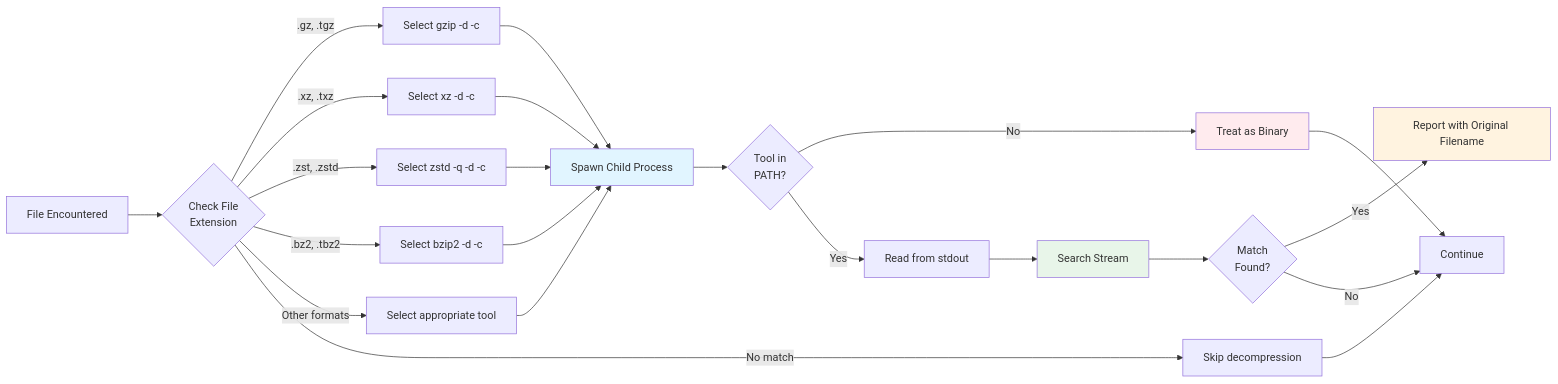
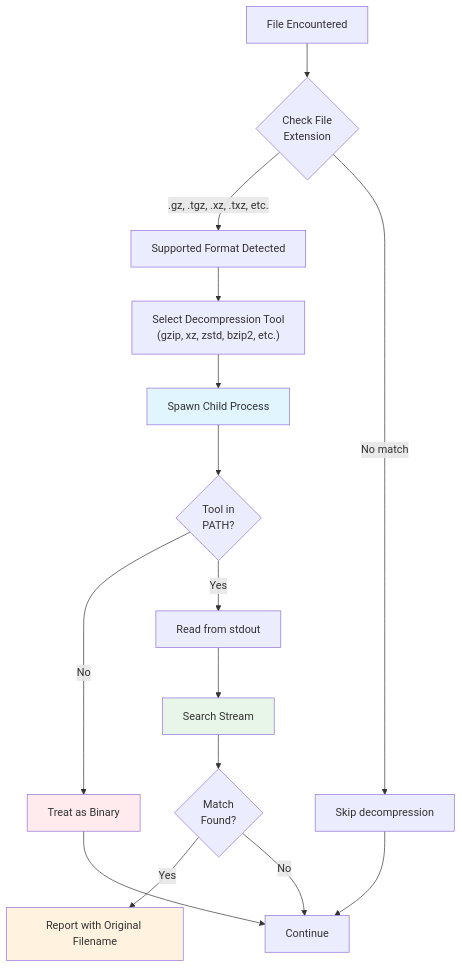
One commit to iepathos/ripgrep changed the diagram in docs/compressed-files.md. Above: the diagram before and after it, drawn with Mermaid. The commit also changed 10 other files, not shown here.

First line of the commit message:
fix: improve Mermaid diagram readability

````diff
--- a/docs/compressed-files.md
+++ b/docs/compressed-files.md
@@ -76,36 +76,32 @@
 ```mermaid
-flowchart LR
+flowchart TD
     Start[File Encountered] --> CheckExt{"Check File
 Extension"}
-    CheckExt -->|.gz, .tgz| Gzip[Select gzip -d -c]
-    CheckExt -->|.xz, .txz| XZ[Select xz -d -c]
-    CheckExt -->|.zst, .zstd| Zstd[Select zstd -q -d -c]
-    CheckExt -->|.bz2, .tbz2| Bzip[Select bzip2 -d -c]
-    CheckExt -->|Other formats| Other[Select appropriate tool]
+
+    CheckExt -->|.gz, .tgz, .xz, .txz, etc.| Supported["Supported Format Detected"]
     CheckExt -->|No match| Skip[Skip decompression]
 
-    Gzip --> Spawn[Spawn Child Process]
-    XZ --> Spawn
-    Zstd --> Spawn
-    Bzip --> Spawn
-    Other --> Spawn
+    Supported --> SelectTool["Select Decompression Tool
+(gzip, xz, zstd, bzip2, etc.)"]
+
+    SelectTool --> Spawn[Spawn Child Process]
 
     Spawn --> ToolCheck{"Tool in
 PATH?"}
     ToolCheck -->|No| Fallback[Treat as Binary]
     ToolCheck -->|Yes| Decompress[Read from stdout]
 
     Decompress --> Search[Search Stream]
     Search --> Match{"Match
 Found?"}
     Match -->|Yes| Report[Report with Original Filename]
     Match -->|No| Next[Continue]
 
     Fallback --> Next
     Skip --> Next
 
     style Spawn fill:#e1f5ff
     style Search fill:#e8f5e9
     style Report fill:#fff3e0
     style Fallback fill:#ffebee
 ```
````
